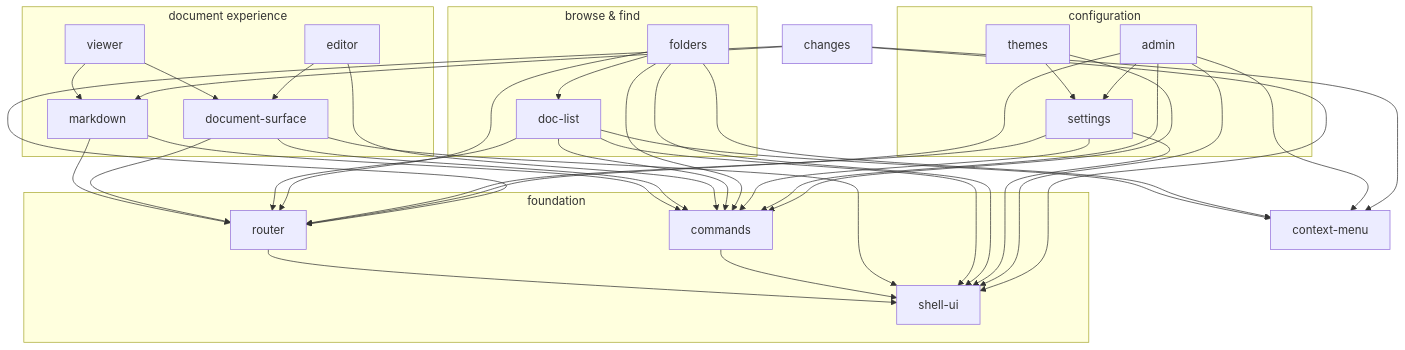
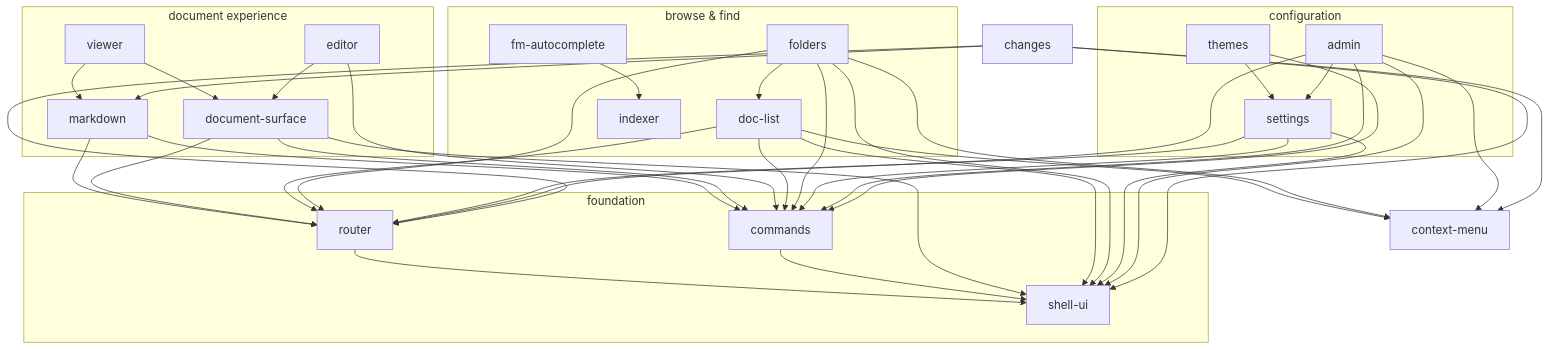
The diagram in plugins/base/README.md (hamolicious/ddd), drawn with Mermaid before and after one commit. The commit also changed other lines of this file and 64 other files, not shown here.

````diff
--- a/plugins/base/README.md
+++ b/plugins/base/README.md
@@ -65,32 +69,33 @@
 ```mermaid
 flowchart TD
     subgraph documents ["document experience"]
         viewer --> markdown
         viewer --> document-surface
         editor --> document-surface
     end
 
     subgraph browse ["browse & find"]
         folders --> doc-list
+        fm-autocomplete --> indexer
     end
 
     subgraph config ["configuration"]
         themes --> settings
         admin --> settings
     end
 
     subgraph foundation ["foundation"]
         router --> shell-ui
         commands --> shell-ui
     end
 
     markdown --> commands & router
     document-surface --> commands & router & shell-ui
     editor --> commands
     doc-list --> commands & context-menu & router & shell-ui
     folders --> commands & context-menu & router & shell-ui
     settings --> commands & router & shell-ui
     admin --> commands & context-menu & router & shell-ui
     changes --> context-menu & markdown & router & shell-ui
     themes --> commands
 ```
````
